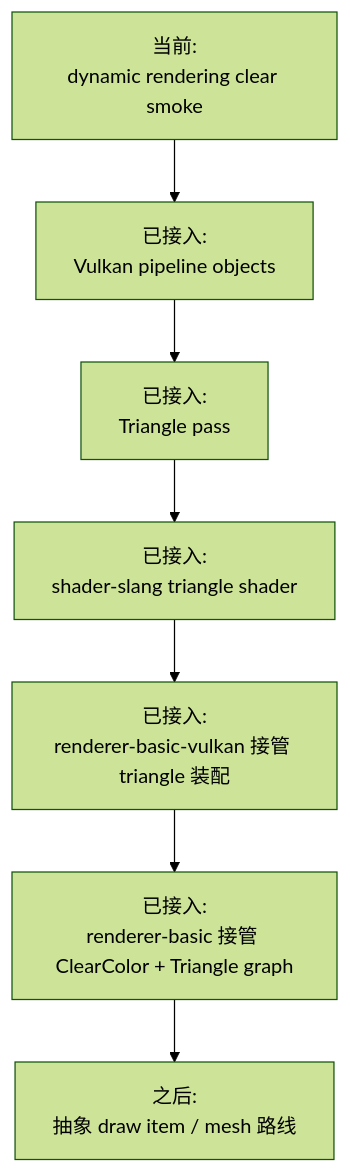
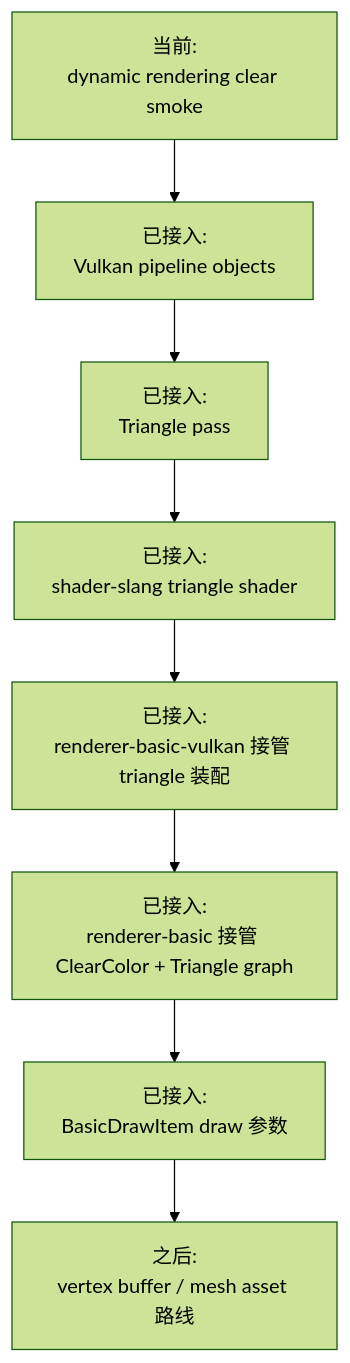
One commit to 66six11/Engine changed the ninth of 9 diagrams in docs/flow-architecture.md. Above: the diagram before and after it, drawn with Mermaid (forest theme). The commit also changed other lines of this file and 5 other files, not shown here.

Commit message:
Add basic draw item for triangle smoke

````diff
--- a/docs/flow-architecture.md
+++ b/docs/flow-architecture.md
@@ -260,12 +260,13 @@
 ```mermaid
 flowchart TD
     Now["当前:<br/>dynamic rendering clear smoke"]
     Step1["已接入:<br/>Vulkan pipeline objects"]
     Step2["已接入:<br/>Triangle pass"]
     Step3["已接入:<br/>shader-slang triangle shader"]
     Step4["已接入:<br/>renderer-basic-vulkan 接管 triangle 装配"]
     Step5["已接入:<br/>renderer-basic 接管 ClearColor + Triangle graph"]
-    Step6["之后:<br/>抽象 draw item / mesh 路线"]
+    Step6["已接入:<br/>BasicDrawItem draw 参数"]
+    Step7["之后:<br/>vertex buffer / mesh asset 路线"]
 
-    Now --> Step1 --> Step2 --> Step3 --> Step4 --> Step5 --> Step6
+    Now --> Step1 --> Step2 --> Step3 --> Step4 --> Step5 --> Step6 --> Step7
 ```
````
